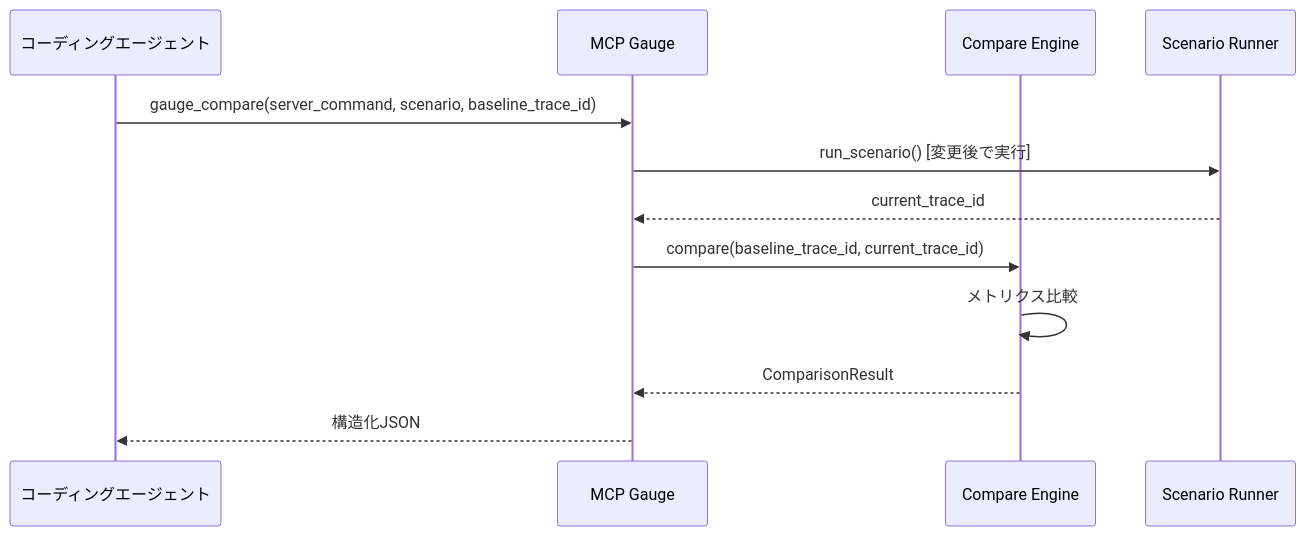
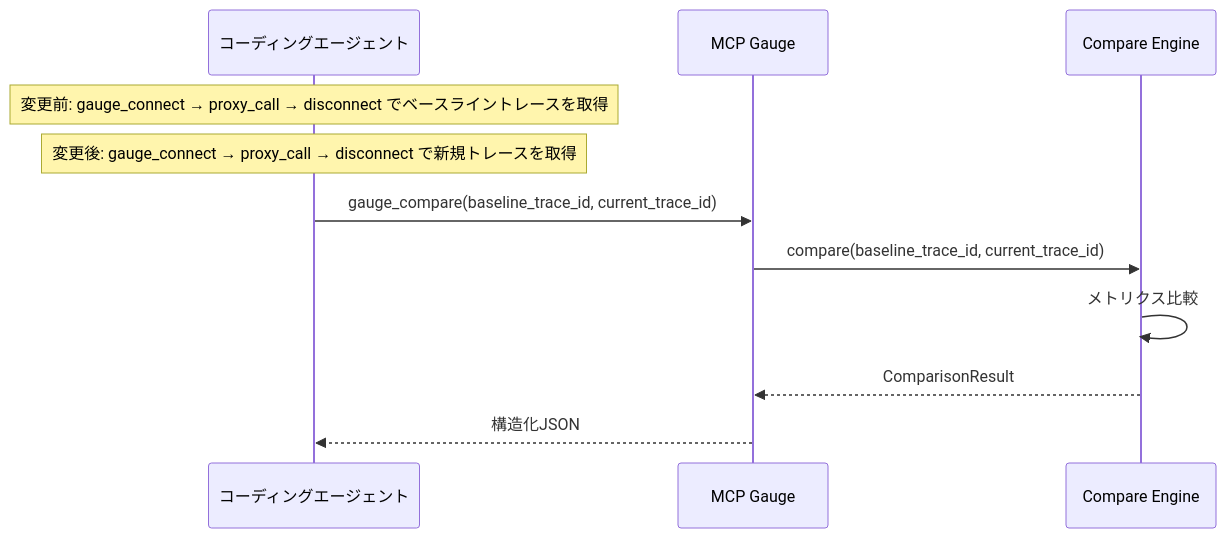
The fifth of 5 diagrams in docs/functional-design.md (sogawa-yk/mcp-gauge), drawn with Mermaid before and after one commit. The commit also changed other lines of this file and 17 other files, not shown here.

First line of the commit message:
refactor: migrate to proxy architecture, remove anthropic SDK dependency

````diff
--- a/docs/functional-design.md
+++ b/docs/functional-design.md
@@ -618,15 +640,14 @@
 ```mermaid
 sequenceDiagram
     participant Agent as コーディングエージェント
     participant Gauge as MCP Gauge
     participant Compare as Compare Engine
-    participant Runner as Scenario Runner
 
-    Agent->>Gauge: gauge_compare(server_command, scenario, baseline_trace_id)
-    Gauge->>Runner: run_scenario() [変更後で実行]
-    Runner-->>Gauge: current_trace_id
+    Note over Agent: 変更前: gauge_connect → proxy_call → disconnect でベースライントレースを取得
+    Note over Agent: 変更後: gauge_connect → proxy_call → disconnect で新規トレースを取得
+    Agent->>Gauge: gauge_compare(baseline_trace_id, current_trace_id)
     Gauge->>Compare: compare(baseline_trace_id, current_trace_id)
     Compare->>Compare: メトリクス比較
     Compare-->>Gauge: ComparisonResult
     Gauge-->>Agent: 構造化JSON
 ```
````
